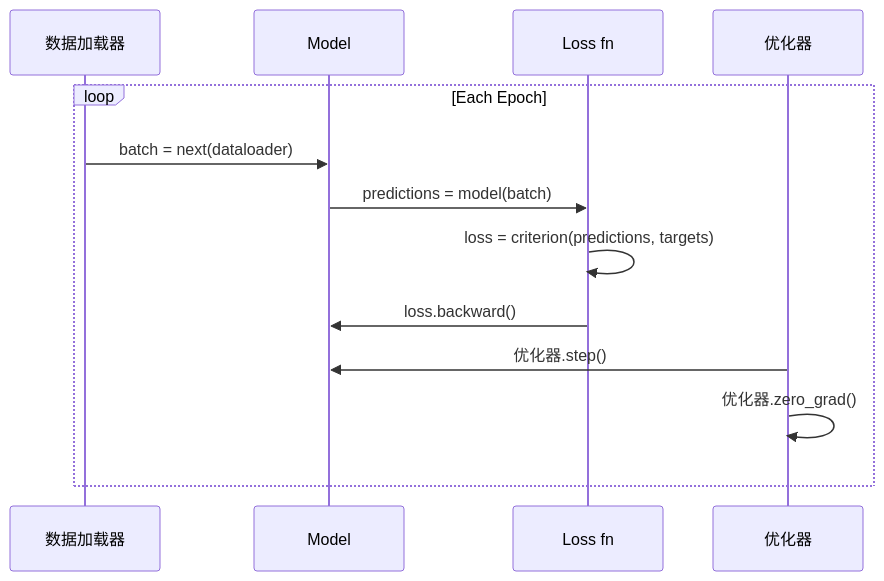
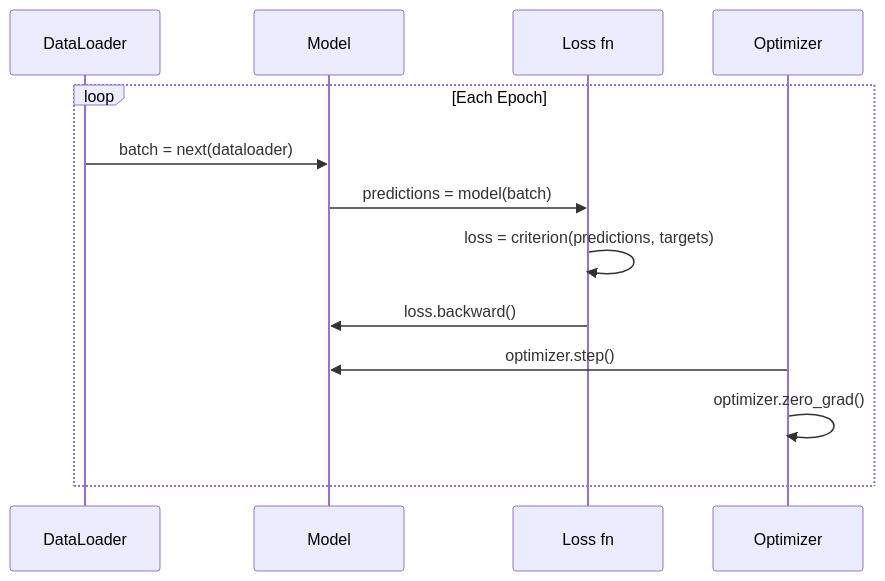
One commit to arwei944/ai-engineering-from-scratch changed the second of 2 diagrams in phases/03-deep-learning-core/11-intro-to-pytorch/docs/zh.md. Above: the diagram before and after it, drawn with Mermaid. The commit also changed other lines of this file and 65 other files, not shown here.

````diff
--- a/phases/03-deep-learning-core/11-intro-to-pytorch/docs/zh.md
+++ b/phases/03-deep-learning-core/11-intro-to-pytorch/docs/zh.md
@@ -184,16 +184,16 @@
 ```mermaid
 sequenceDiagram
-    participant D as 数据加载器
+    participant D as DataLoader
     participant M as Model
     participant L as Loss fn
-    participant O as 优化器
+    participant O as Optimizer
 
     loop Each Epoch
         D->>M: batch = next(dataloader)
         M->>L: predictions = model(batch)
         L->>L: loss = criterion(predictions, targets)
         L->>M: loss.backward()
-        O->>M: 优化器.step()
-        O->>O: 优化器.zero_grad()
+        O->>M: optimizer.step()
+        O->>O: optimizer.zero_grad()
     end
 ```
````
